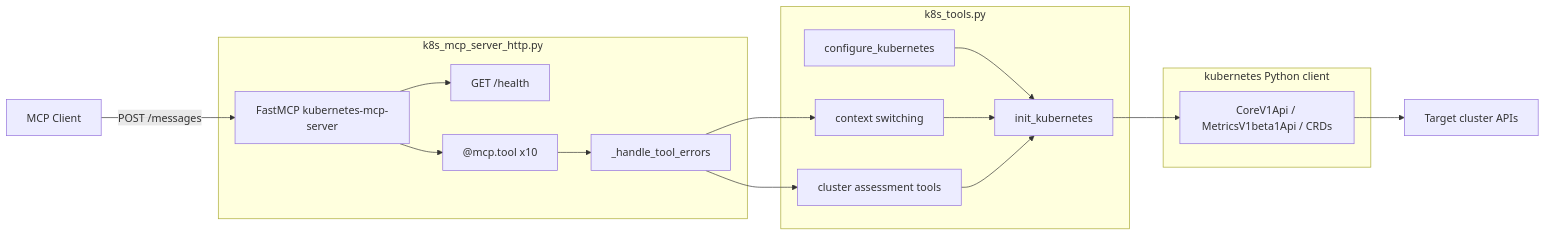
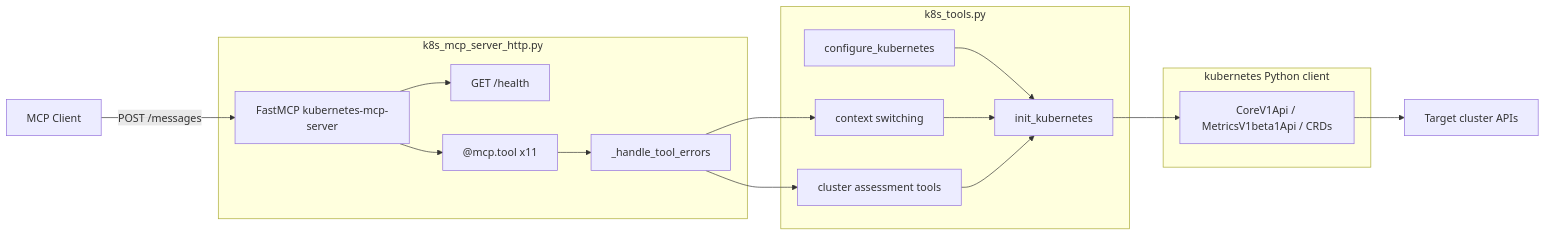
One commit to alexandrudejanu/k8s-mcp-server changed the second of 3 diagrams in Readme.md. Above: the diagram before and after it, drawn with Mermaid. The commit also changed other lines of this file and 2 other files, not shown here.

Commit message:
refactor tools

````diff
--- a/Readme.md
+++ b/Readme.md
@@ -56,32 +56,32 @@
 ```mermaid
 flowchart LR
     subgraph http_layer [k8s_mcp_server_http.py]
         FastMCP[FastMCP kubernetes-mcp-server]
         Health["GET /health"]
-        Tools["@mcp.tool x10"]
+        Tools["@mcp.tool x11"]
         Errors[_handle_tool_errors]
     end
 
     subgraph tools_layer [k8s_tools.py]
         Config[configure_kubernetes]
         Init[init_kubernetes]
         Context[context switching]
         Assess[cluster assessment tools]
     end
 
     subgraph k8s_client [kubernetes Python client]
         API[CoreV1Api / MetricsV1beta1Api / CRDs]
     end
 
     Client[MCP Client] -->|POST /messages| FastMCP
     FastMCP --> Health
     FastMCP --> Tools
     Tools --> Errors
     Errors --> Assess
     Errors --> Context
     Config --> Init
     Context --> Init
     Assess --> Init
     Init --> API
     API --> TargetClusters[Target cluster APIs]
 ```
````
